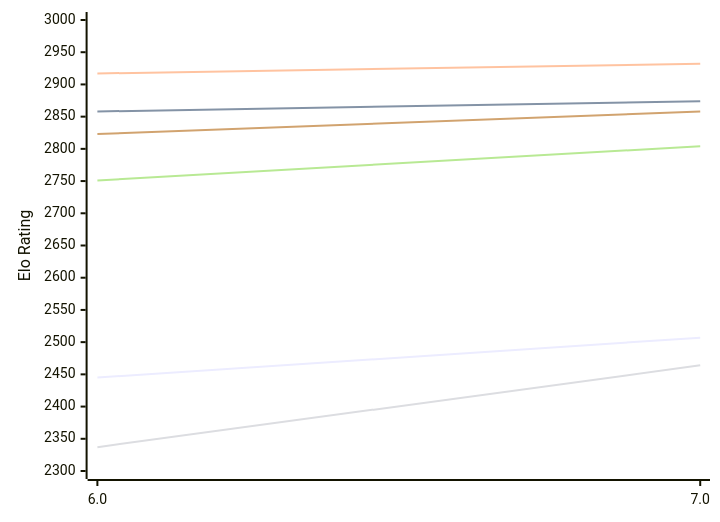
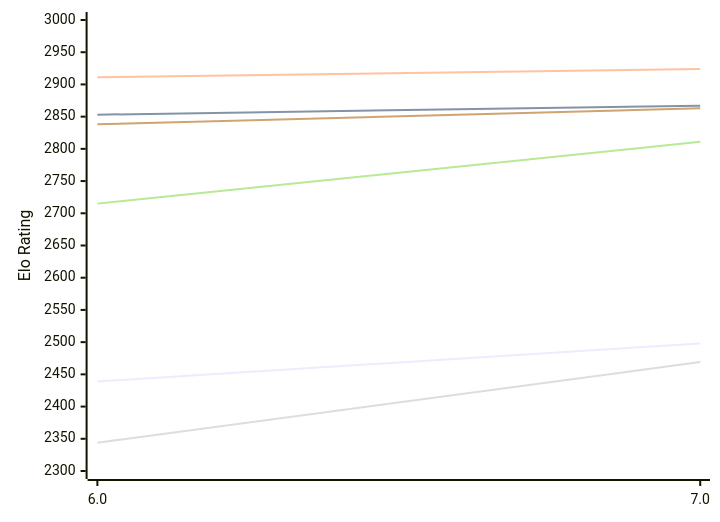
One commit to computer-chess-index/cci changed the first of 2 diagrams in engines/tomitankChess.md. Above: the diagram before and after it, drawn with Mermaid. The commit also changed other lines of this file, not shown here.

Commit message:
Update CCI Ratings (ELO VLTC) - 2026-11-18

````diff
--- a/engines/tomitankChess.md
+++ b/engines/tomitankChess.md
@@ -51,12 +51,12 @@
 ```mermaid
 %%{init: {"theme":"base","themeVariables":{"seriesColors:['#a3a3a3','#222221','#faa371']}}}%%
 xychart-beta
   x-axis ["6.0", "7.0"]
   y-axis "Elo Rating" 2300 --> 3000
-  line "E1: STC (8.0+0.08s)" [2445, 2507]
-  line "E1: LTC (60.0+0.60s)" [2858, 2874]
-  line "E1: VLTC (2m24s+1.12s)" [2917, 2932]
-  line "P1: STC (8.0+0.08s)" [2337, 2464]
-  line "P1: LTC (60.0+0.60s)" [2751, 2804]
-  line "P1: VLTC (2m24s+1.12s)" [2823, 2858]
+  line "E1: STC (8.0+0.08s)" [2439, 2498]
+  line "E1: LTC (60.0+0.60s)" [2853, 2867]
+  line "E1: VLTC (2m24s+1.12s)" [2911, 2924]
+  line "P1: STC (8.0+0.08s)" [2344, 2469]
+  line "P1: LTC (60.0+0.60s)" [2715, 2811]
+  line "P1: VLTC (2m24s+1.12s)" [2838, 2863]
 ```
````
